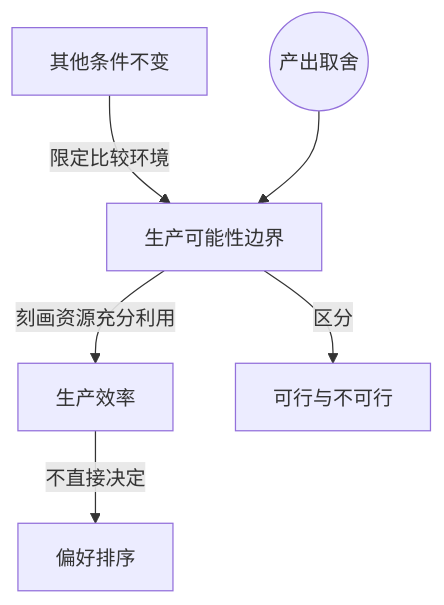
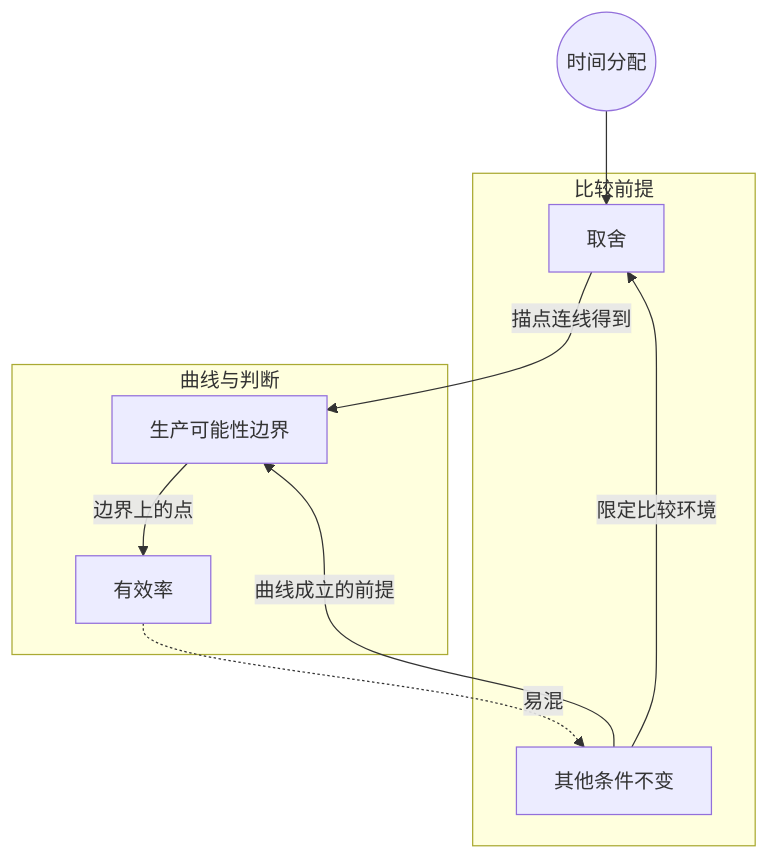
One commit to lucky-Luor/bilibili-douyin-notes changed the diagram in examples/可汗微观经济学-前15集/notes/001-第1讲 生产可能性边界.md. Above: the diagram before and after it, drawn with Mermaid. The commit also changed other lines of this file and 18 other files, not shown here.

````diff
--- a/examples/可汗微观经济学-前15集/notes/001-第1讲 生产可能性边界.md
+++ b/examples/可汗微观经济学-前15集/notes/001-第1讲 生产可能性边界.md
@@ -63,9 +91,18 @@
 ```mermaid
 graph TD
-  R((产出取舍))
-  C[其他条件不变] -->|限定比较环境| P[生产可能性边界]
-  P -->|刻画资源充分利用| E[生产效率]
-  P -->|区分| F[可行与不可行]
-  E -->|不直接决定| V[偏好排序]
-  R --> P
+  R((时间分配))
+  subgraph 比较前提
+    T[取舍]
+    C[其他条件不变]
+  end
+  subgraph 曲线与判断
+    P[生产可能性边界]
+    E[有效率]
+  end
+  R --> T
+  C -->|限定比较环境| T
+  T -->|描点连线得到| P
+  C -->|曲线成立的前提| P
+  P -->|边界上的点| E
+  E -.->|易混| C
 ```
````
